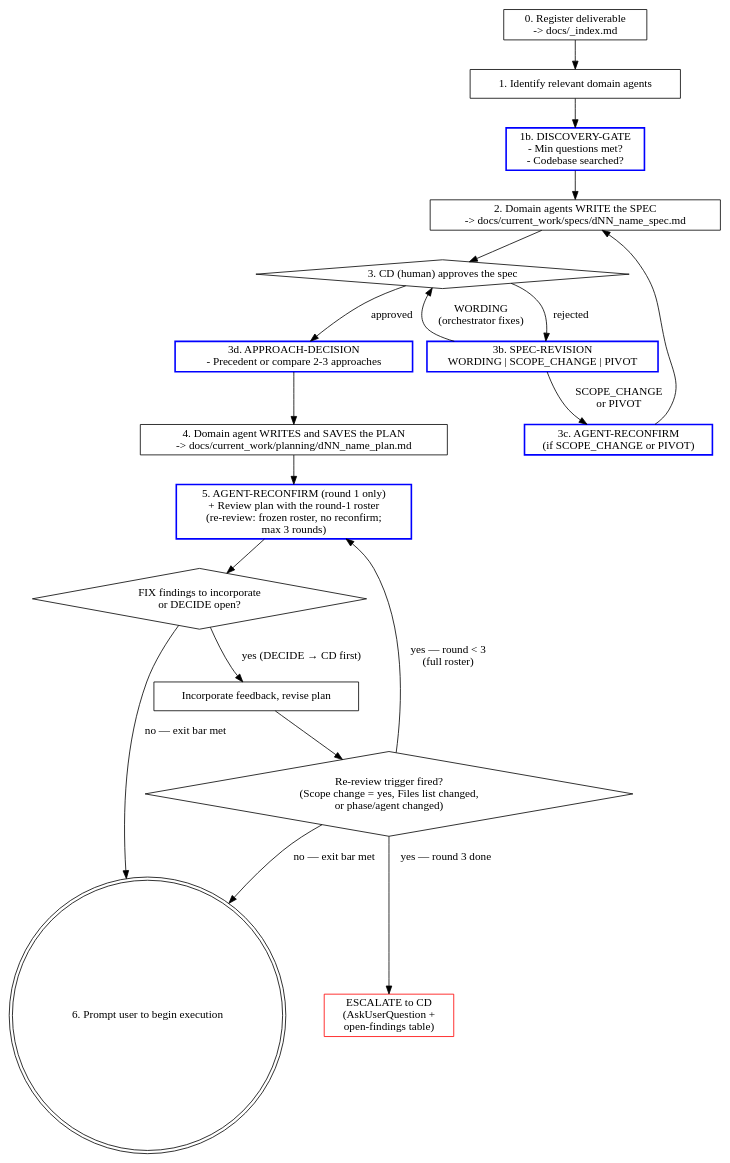
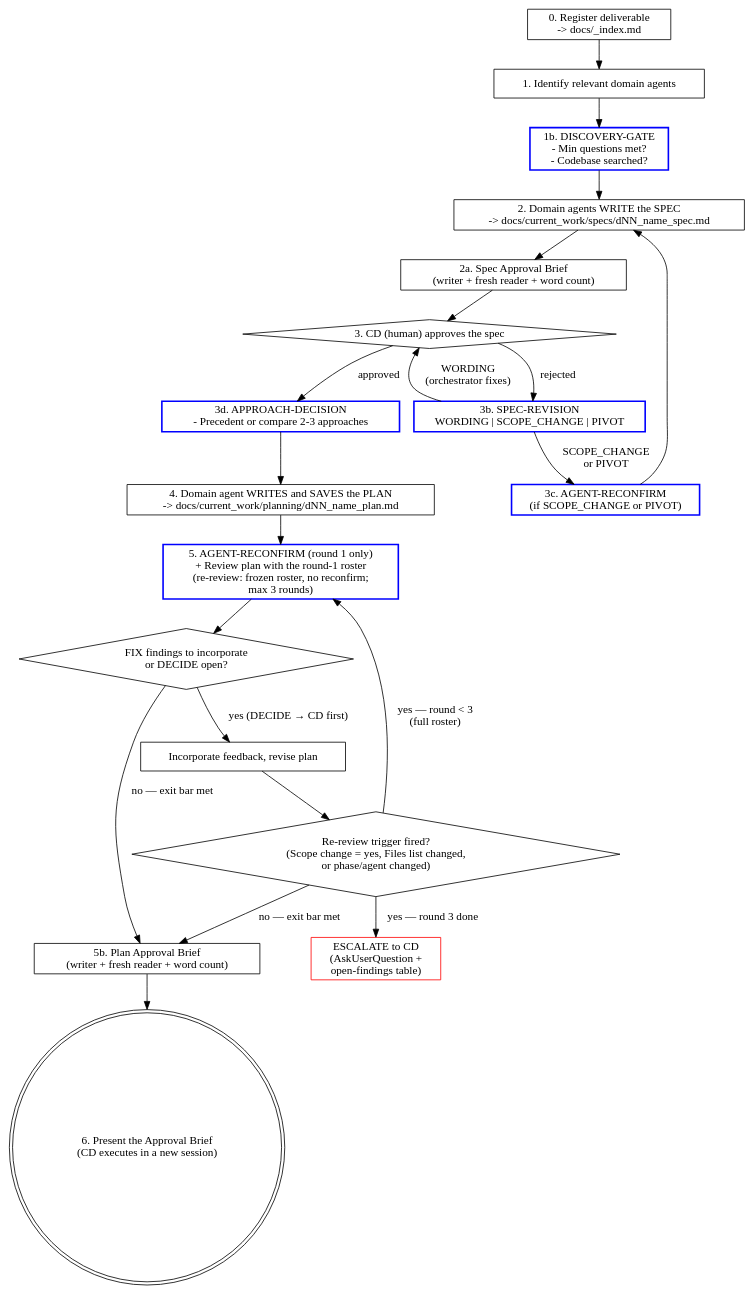
Before and after one commit to Inpacchi/cc-sdlc: the diagram in skills/sdlc-plan/SKILL.md, drawn with Graphviz. The commit also changed other lines of this file and 18 other files, not shown here.

````diff
--- a/skills/sdlc-plan/SKILL.md
+++ b/skills/sdlc-plan/SKILL.md
@@ -132,40 +128,44 @@
 ```dot
 digraph planning {
     rankdir=TB;
 
     "0. Register deliverable\n-> docs/_index.md" [shape=box];
     "1. Identify relevant domain agents" [shape=box];
     "1b. DISCOVERY-GATE\n- Min questions met?\n- Codebase searched?" [shape=box, style=bold, color=blue];
     "2. Domain agents WRITE the SPEC\n-> docs/current_work/specs/dNN_name_spec.md" [shape=box];
     "3. CD (human) approves the spec" [shape=diamond];
     "3b. SPEC-REVISION\nWORDING | SCOPE_CHANGE | PIVOT" [shape=box, style=bold, color=blue];
     "3c. AGENT-RECONFIRM\n(if SCOPE_CHANGE or PIVOT)" [shape=box, style=bold, color=blue];
     "3d. APPROACH-DECISION\n- Precedent or compare 2-3 approaches" [shape=box, style=bold, color=blue];
     "4. Domain agent WRITES and SAVES the PLAN\n-> docs/current_work/planning/dNN_name_plan.md" [shape=box];
     "5. AGENT-RECONFIRM (round 1 only)\n+ Review plan with the round-1 roster\n(re-review: frozen roster, no reconfirm;\nmax 3 rounds)" [shape=box, style=bold, color=blue];
     "FIX findings to incorporate\nor DECIDE open?" [shape=diamond];
     "Incorporate feedback, revise plan" [shape=box];
     "Re-review trigger fired?\n(Scope change = yes, Files list changed,\nor phase/agent changed)" [shape=diamond];
     "ESCALATE to CD\n(AskUserQuestion +\nopen-findings table)" [shape=box, color=red];
-    "6. Prompt user to begin execution" [shape=doublecircle];
+    "2a. Spec Approval Brief\n(writer + fresh reader + word count)" [shape=box];
+    "5b. Plan Approval Brief\n(writer + fresh reader + word count)" [shape=box];
+    "5b. Plan Approval Brief\n(writer + fresh reader + word count)" -> "6. Present the Approval Brief\n(CD executes in a new session)";
+    "6. Present the Approval Brief\n(CD executes in a new session)" [shape=doublecircle];
 
     "0. Register deliverable\n-> docs/_index.md" -> "1. Identify relevant domain agents";
     "1. Identify relevant domain agents" -> "1b. DISCOVERY-GATE\n- Min questions met?\n- Codebase searched?";
     "1b. DISCOVERY-GATE\n- Min questions met?\n- Codebase searched?" -> "2. Domain agents WRITE the SPEC\n-> docs/current_work/specs/dNN_name_spec.md";
-    "2. Domain agents WRITE the SPEC\n-> docs/current_work/specs/dNN_name_spec.md" -> "3. CD (human) approves the spec";
+    "2. Domain agents WRITE the SPEC\n-> docs/current_work/specs/dNN_name_spec.md" -> "2a. Spec Approval Brief\n(writer + fresh reader + word count)";
+    "2a. Spec Approval Brief\n(writer + fresh reader + word count)" -> "3. CD (human) approves the spec";
     "3. CD (human) approves the spec" -> "3b. SPEC-REVISION\nWORDING | SCOPE_CHANGE | PIVOT" [label="rejected"];
     "3b. SPEC-REVISION\nWORDING | SCOPE_CHANGE | PIVOT" -> "3c. AGENT-RECONFIRM\n(if SCOPE_CHANGE or PIVOT)" [label="SCOPE_CHANGE\nor PIVOT"];
     "3b. SPEC-REVISION\nWORDING | SCOPE_CHANGE | PIVOT" -> "3. CD (human) approves the spec" [label="WORDING\n(orchestrator fixes)"];
     "3c. AGENT-RECONFIRM\n(if SCOPE_CHANGE or PIVOT)" -> "2. Domain agents WRITE the SPEC\n-> docs/current_work/specs/dNN_name_spec.md";
     "3. CD (human) approves the spec" -> "3d. APPROACH-DECISION\n- Precedent or compare 2-3 approaches" [label="approved"];
     "3d. APPROACH-DECISION\n- Precedent or compare 2-3 approaches" -> "4. Domain agent WRITES and SAVES the PLAN\n-> docs/current_work/planning/dNN_name_plan.md";
     "4. Domain agent WRITES and SAVES the PLAN\n-> docs/current_work/planning/dNN_name_plan.md" -> "5. AGENT-RECONFIRM (round 1 only)\n+ Review plan with the round-1 roster\n(re-review: frozen roster, no reconfirm;\nmax 3 rounds)";
     "5. AGENT-RECONFIRM (round 1 only)\n+ Review plan with the round-1 roster\n(re-review: frozen roster, no reconfirm;\nmax 3 rounds)" -> "FIX findings to incorporate\nor DECIDE open?";
     "FIX findings to incorporate\nor DECIDE open?" -> "Incorporate feedback, revise plan" [label="yes (DECIDE → CD first)"];
-    "FIX findings to incorporate\nor DECIDE open?" -> "6. Prompt user to begin execution" [label="no — exit bar met"];
+    "FIX findings to incorporate\nor DECIDE open?" -> "5b. Plan Approval Brief\n(writer + fresh reader + word count)" [label="no — exit bar met"];
     "Incorporate feedback, revise plan" -> "Re-review trigger fired?\n(Scope change = yes, Files list changed,\nor phase/agent changed)";
-    "Re-review trigger fired?\n(Scope change = yes, Files list changed,\nor phase/agent changed)" -> "6. Prompt user to begin execution" [label="no — exit bar met"];
+    "Re-review trigger fired?\n(Scope change = yes, Files list changed,\nor phase/agent changed)" -> "5b. Plan Approval Brief\n(writer + fresh reader + word count)" [label="no — exit bar met"];
     "Re-review trigger fired?\n(Scope change = yes, Files list changed,\nor phase/agent changed)" -> "5. AGENT-RECONFIRM (round 1 only)\n+ Review plan with the round-1 roster\n(re-review: frozen roster, no reconfirm;\nmax 3 rounds)" [label="yes — round < 3\n(full roster)"];
     "Re-review trigger fired?\n(Scope change = yes, Files list changed,\nor phase/agent changed)" -> "ESCALATE to CD\n(AskUserQuestion +\nopen-findings table)" [label="yes — round 3 done"];
 }
 ```
````
